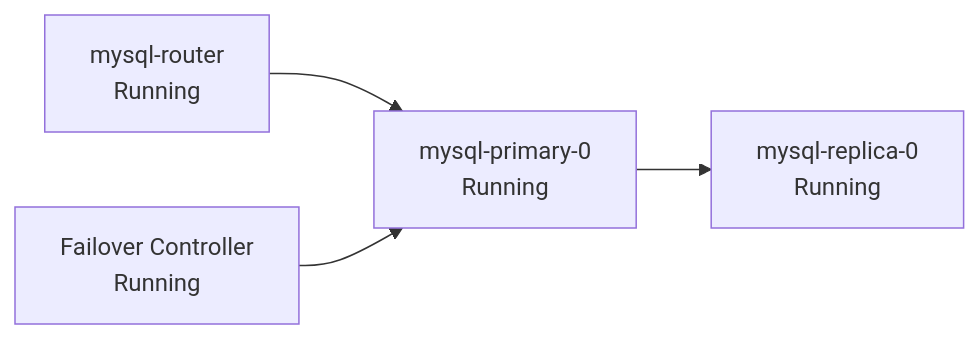
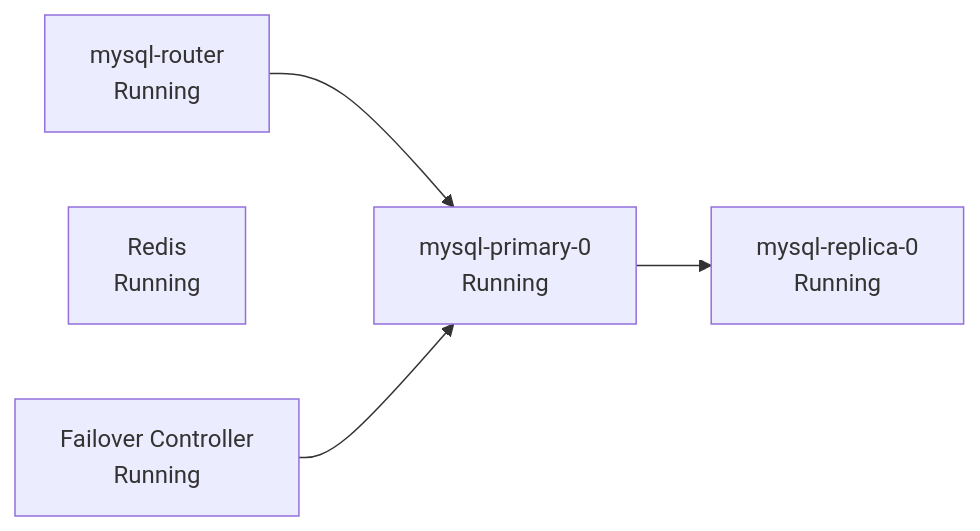
Before and after one commit to ahmed-sayed-devops/microservices-platform-gitops: the tenth of 23 diagrams in docs/05-storage/README.md, drawn with Mermaid. The commit also changed other lines of this file, not shown here.

Commit message:
docs: document Redis caching layer

````diff
--- a/docs/05-storage/README.md
+++ b/docs/05-storage/README.md
@@ -332,11 +422,16 @@
 ```mermaid
 graph LR
     PRIMARY[mysql-primary-0<br/>Running]
+
     REPLICA[mysql-replica-0<br/>Running]
+
     ROUTER[mysql-router<br/>Running]
+
+    REDIS[Redis<br/>Running]
+
     FC[Failover Controller<br/>Running]
 
     PRIMARY --> REPLICA
     ROUTER --> PRIMARY
     FC --> PRIMARY
 ```
````
